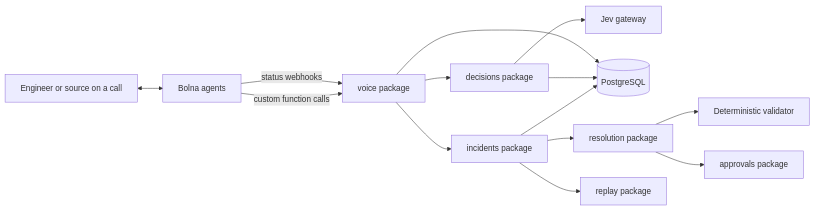
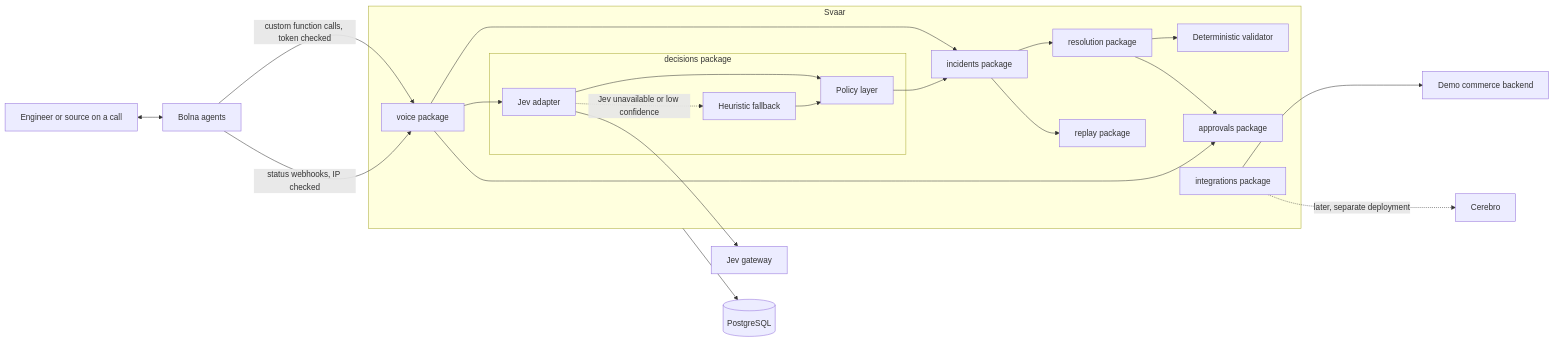
The diagram in plans/PLAN.md (shreya-mishra325/svaar), drawn with Mermaid before and after one commit.

Commit message:
prettier architecture

````diff
--- a/plans/PLAN.md
+++ b/plans/PLAN.md
@@ -58,16 +58,38 @@
 ```mermaid
 flowchart LR
-    Caller[Engineer or source on a call] <--> Bolna[Bolna agents]
-    Bolna -- custom function calls --> Voice[voice package]
-    Bolna -- status webhooks --> Voice
-    Voice --> Inc[incidents package]
-    Voice --> Dec[decisions package]
-    Dec --> Jev[Jev gateway]
-    Inc --> DB[(PostgreSQL)]
-    Dec --> DB
-    Voice --> DB
-    Inc --> Res[resolution package]
-    Res --> Val[Deterministic validator]
-    Res --> App[approvals package]
-    Inc --> Rep[replay package]
+    Caller["Engineer or source on a call"] <--> Bolna["Bolna agents"]
+    Bolna -- "custom function calls, token checked" --> Voice
+    Bolna -- "status webhooks, IP checked" --> Voice
+
+    subgraph Svaar["Svaar"]
+        Voice["voice package"]
+        Inc["incidents package"]
+        Res["resolution package"]
+        Val["Deterministic validator"]
+        Rep["replay package"]
+        Appr["approvals package"]
+        Int["integrations package"]
+        subgraph Dec["decisions package"]
+            Adapter["Jev adapter"]
+            Pol["Policy layer"]
+            Fb["Heuristic fallback"]
+        end
+    end
+
+    Voice --> Inc
+    Voice --> Adapter
+    Voice --> Appr
+    Adapter --> Pol
+    Adapter -. "Jev unavailable or low confidence" .-> Fb
+    Fb --> Pol
+    Pol --> Inc
+    Inc --> Res
+    Res --> Val
+    Res --> Appr
+    Inc --> Rep
+
+    Adapter --> Jev["Jev gateway"]
+    Svaar --> DB[("PostgreSQL")]
+    Int --> Commerce["Demo commerce backend"]
+    Int -. "later, separate deployment" .-> Cerebro["Cerebro"]
 ```
````
